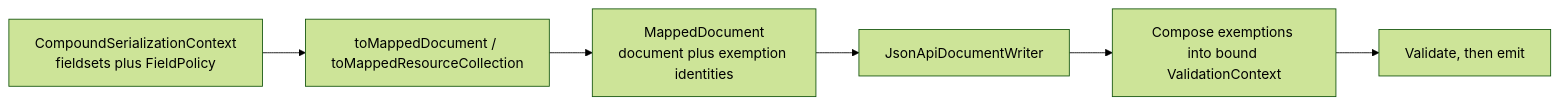
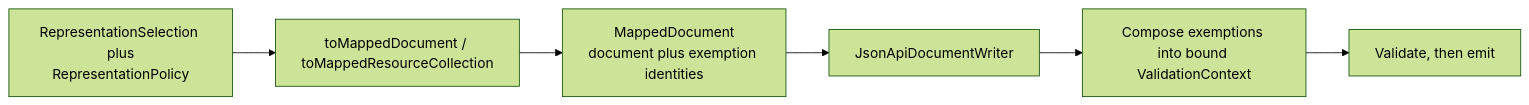
One commit to kazemek/jsonapi-java changed the fifth of 6 diagrams in docs/architecture.md. Above: the diagram before and after it, drawn with Mermaid (forest theme). The commit also changed other lines of this file and 24 other files, not shown here.

Commit message:
feat(jackson-api)!: separate representation selection from policy

````diff
--- a/docs/architecture.md
+++ b/docs/architecture.md
@@ -190,8 +198,8 @@
 ```mermaid
 flowchart LR
-  CTX["CompoundSerializationContext<br/>fieldsets plus FieldPolicy"] --> MAP["toMappedDocument / toMappedResourceCollection"]
+  CTX["RepresentationSelection plus<br/>RepresentationPolicy"] --> MAP["toMappedDocument / toMappedResourceCollection"]
   MAP --> MD["MappedDocument<br/>document plus exemption identities"]
   MD --> WRITER["JsonApiDocumentWriter"]
   WRITER --> COMPOSE["Compose exemptions into bound ValidationContext"]
   COMPOSE --> VAL["Validate, then emit"]
 ```
````
